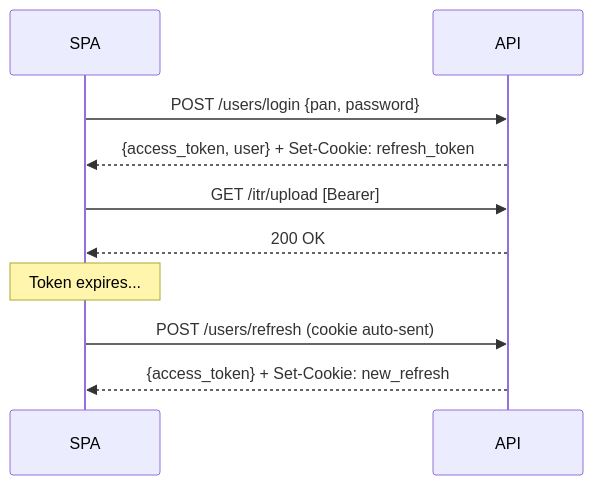
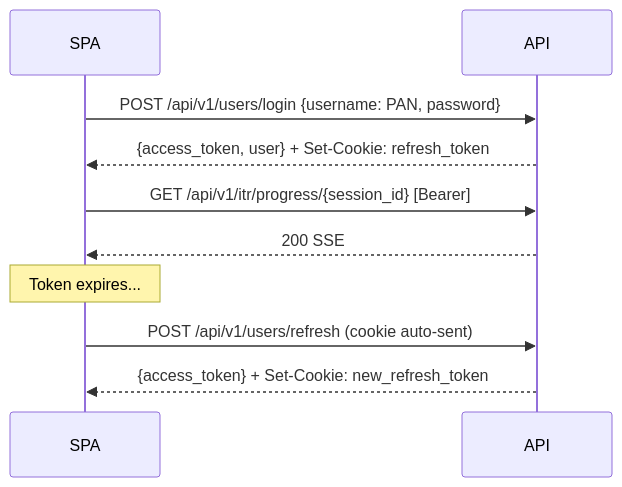
The third of 3 diagrams in docs/architecture.md (AmeDal/itr-filing-app), drawn with Mermaid before and after one commit. The commit also changed other lines of this file and 19 other files, not shown here.

First line of the commit message:
docs: sync AI context with current app architecture

````diff
--- a/docs/architecture.md
+++ b/docs/architecture.md
@@ -121,12 +132,12 @@
 ```mermaid
 sequenceDiagram
     participant SPA
     participant API
-    SPA->>API: POST /users/login {pan, password}
+    SPA->>API: POST /api/v1/users/login {username: PAN, password}
     API-->>SPA: {access_token, user} + Set-Cookie: refresh_token
-    SPA->>API: GET /itr/upload [Bearer]
-    API-->>SPA: 200 OK
+    SPA->>API: GET /api/v1/itr/progress/{session_id} [Bearer]
+    API-->>SPA: 200 SSE
     Note over SPA: Token expires...
-    SPA->>API: POST /users/refresh (cookie auto-sent)
-    API-->>SPA: {access_token} + Set-Cookie: new_refresh
+    SPA->>API: POST /api/v1/users/refresh (cookie auto-sent)
+    API-->>SPA: {access_token} + Set-Cookie: new_refresh_token
 ```
````
